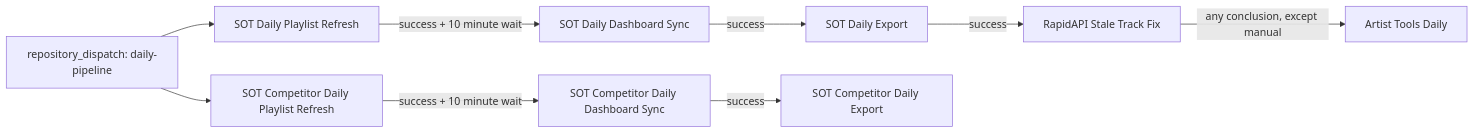
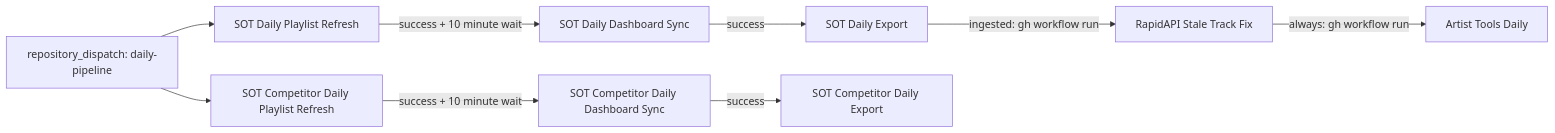
The diagram in docs/DAILY-PIPELINE.md (niksaxena1/StreamBase), drawn with Mermaid before and after one commit. The commit also changed other lines of this file and 3 other files, not shown here.

Commit message:
Hand off stale fix and artist.tools via dispatch (workflow_run depth limit)

````diff
--- a/docs/DAILY-PIPELINE.md
+++ b/docs/DAILY-PIPELINE.md
@@ -7,11 +7,11 @@
 ```mermaid
 flowchart LR
   Head[repository_dispatch: daily-pipeline] --> OwnRefresh[SOT Daily Playlist Refresh]
   Head --> CompetitorRefresh[SOT Competitor Daily Playlist Refresh]
   OwnRefresh -->|success + 10 minute wait| OwnSync[SOT Daily Dashboard Sync]
   OwnSync -->|success| OwnExport[SOT Daily Export]
-  OwnExport -->|success| Fix[RapidAPI Stale Track Fix]
-  Fix -->|any conclusion, except manual| Artist[Artist Tools Daily]
+  OwnExport -->|ingested: gh workflow run| Fix[RapidAPI Stale Track Fix]
+  Fix -->|always: gh workflow run| Artist[Artist Tools Daily]
   CompetitorRefresh -->|success + 10 minute wait| CompetitorSync[SOT Competitor Daily Dashboard Sync]
   CompetitorSync -->|success| CompetitorExport[SOT Competitor Daily Export]
 ```
````
